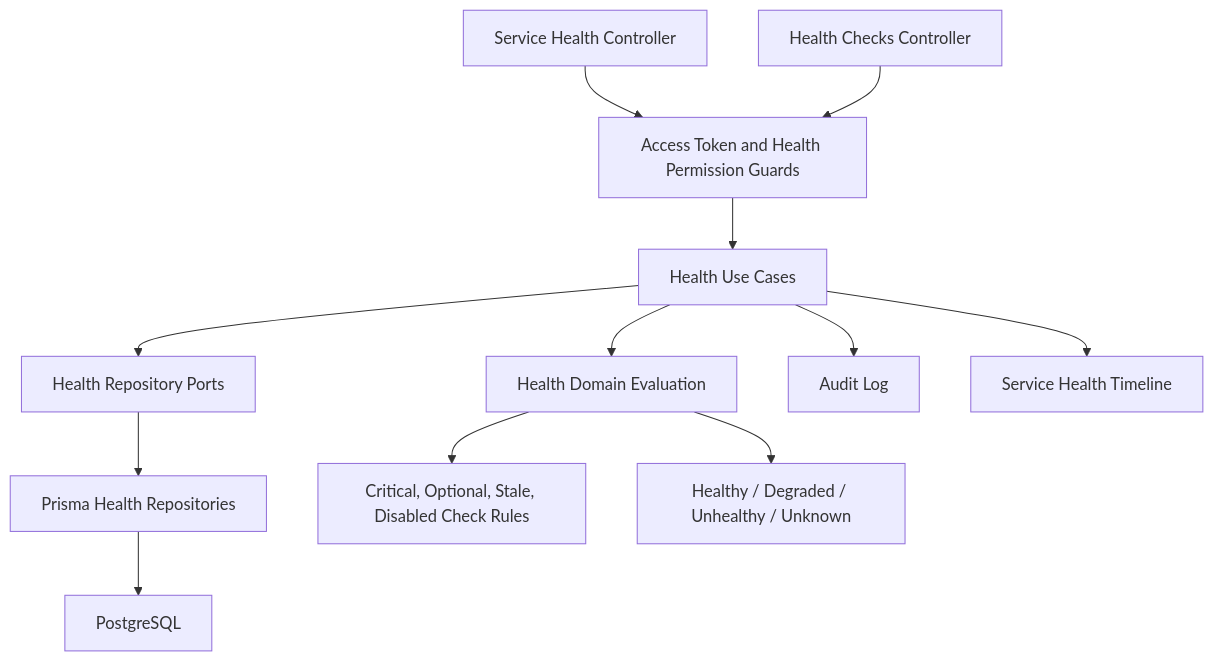
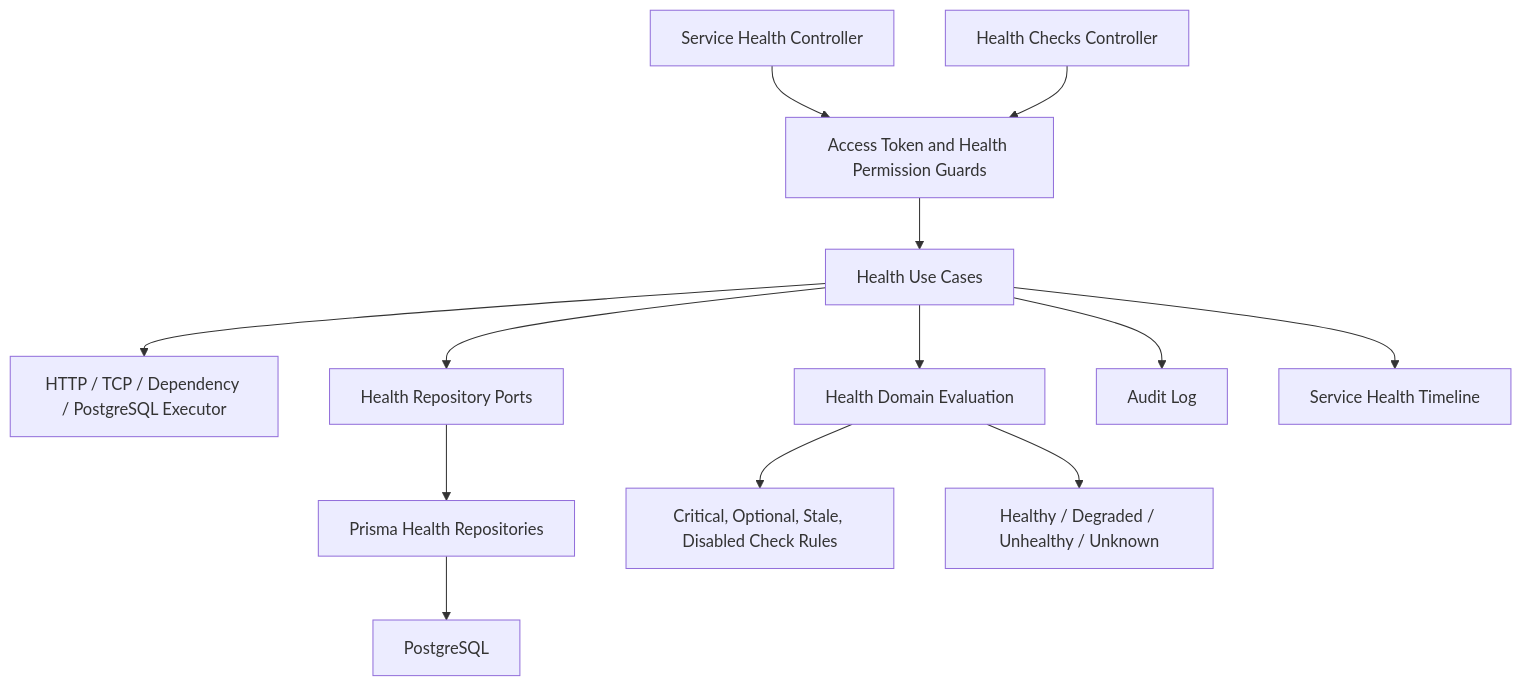
One commit to Ruchi2117/PlusOps changed the fifth of 14 diagrams in docs/architecture/overview.md. Above: the diagram before and after it, drawn with Mermaid. The commit also changed other lines of this file and 8 other files, not shown here.

````diff
--- a/docs/architecture/overview.md
+++ b/docs/architecture/overview.md
@@ -117,15 +115,16 @@
 ```mermaid
 flowchart TD
   ServiceHealthController["Service Health Controller"] --> Guards["Access Token and Health Permission Guards"]
   HealthChecksController["Health Checks Controller"] --> Guards
   Guards --> HealthUseCases["Health Use Cases"]
+  HealthUseCases --> Executor["HTTP / TCP / Dependency / PostgreSQL Executor"]
   HealthUseCases --> HealthDomain["Health Domain Evaluation"]
   HealthUseCases --> HealthPorts["Health Repository Ports"]
   HealthPorts --> HealthPrisma["Prisma Health Repositories"]
   HealthPrisma --> Postgres["PostgreSQL"]
   HealthUseCases --> Audit["Audit Log"]
   HealthUseCases --> Timeline["Service Health Timeline"]
 
   HealthDomain --> Rules["Critical, Optional, Stale, Disabled Check Rules"]
   HealthDomain --> Status["Healthy / Degraded / Unhealthy / Unknown"]
 ```
````
